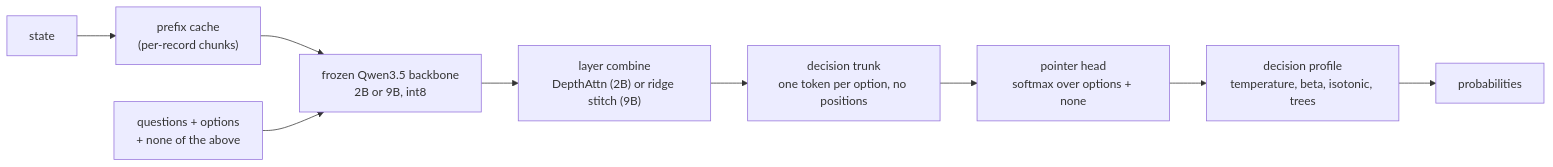
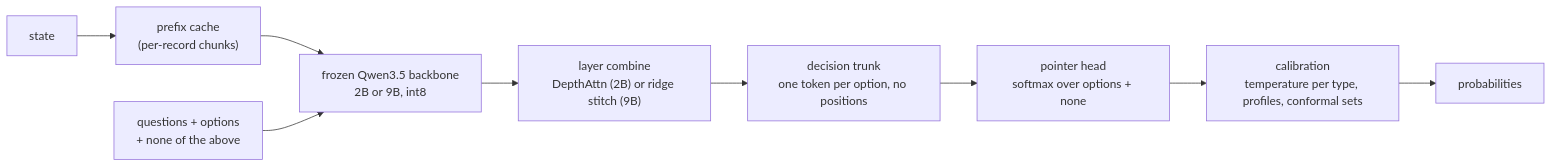
Before and after one commit to Minerva-Laboratories/OpenDecider: the diagram in README.md, drawn with Mermaid. The commit also changed other lines of this file and 25 other files, not shown here.

````diff
--- a/README.md
+++ b/README.md
@@ -182,11 +216,11 @@
 ```mermaid
 flowchart LR
   S[state] --> C["prefix cache<br/>(per-record chunks)"]
   C --> B["frozen Qwen3.5 backbone<br/>2B or 9B, int8"]
   Q["questions + options<br/>+ none of the above"] --> B
   B --> L["layer combine<br/>DepthAttn (2B) or ridge stitch (9B)"]
   L --> T["decision trunk<br/>one token per option, no positions"]
   T --> H["pointer head<br/>softmax over options + none"]
-  H --> P["decision profile<br/>temperature, beta, isotonic, trees"]
+  H --> P["calibration<br/>temperature per type, profiles, conformal sets"]
   P --> O["probabilities"]
 ```
````
